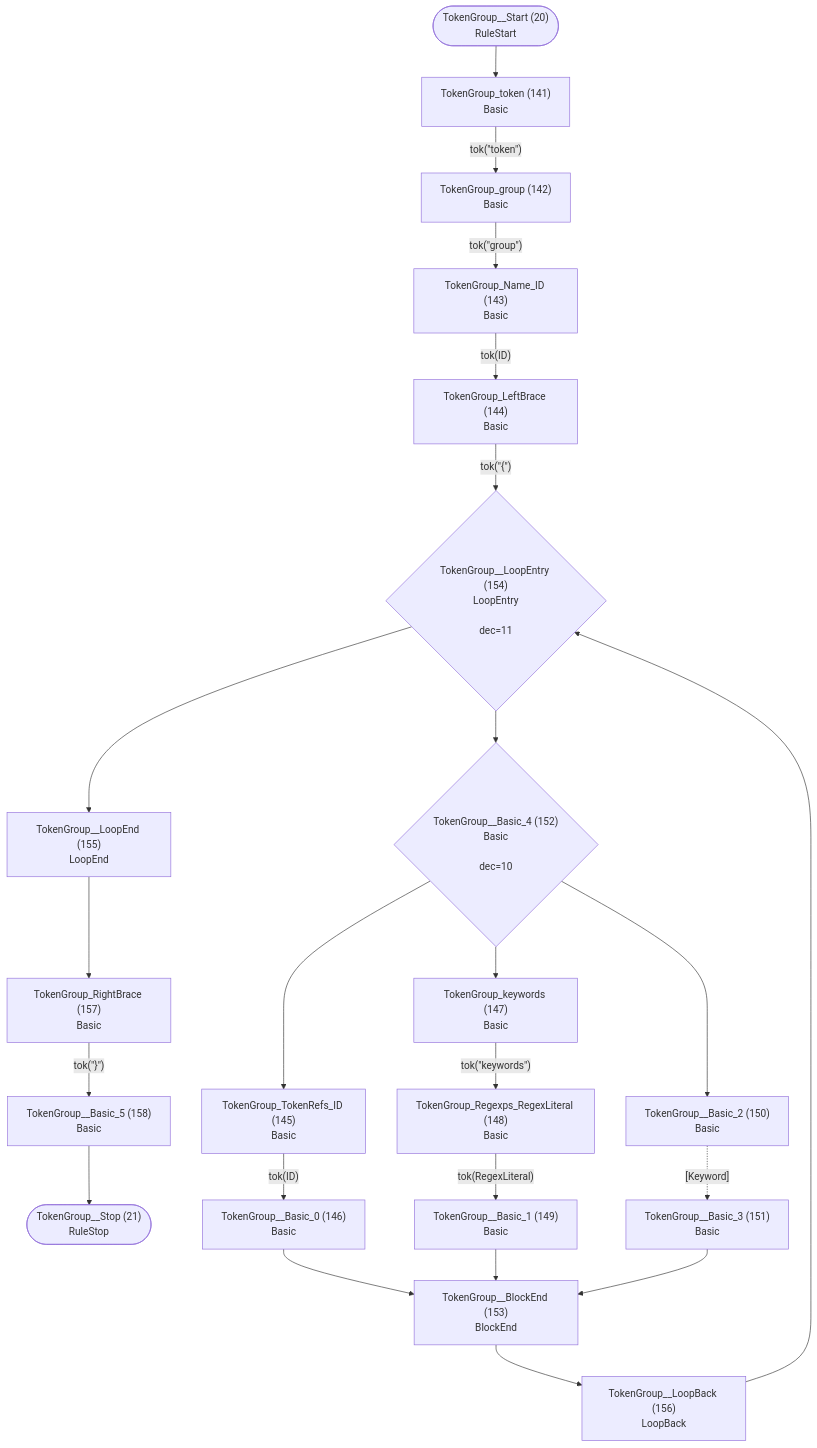
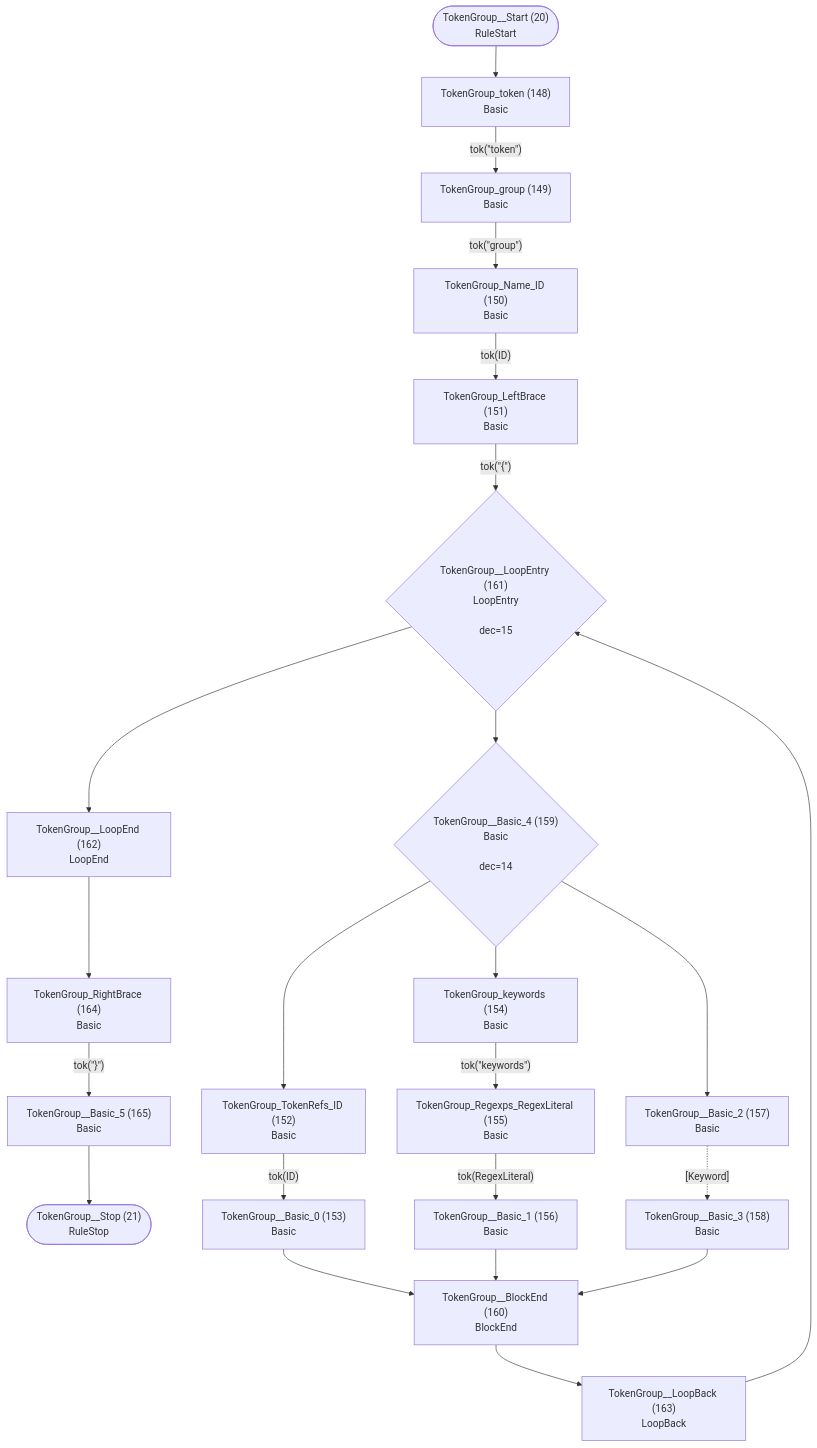
Diagram 11 of 26 in internal/grammar/atn.md (TypeFox/fastbelt), drawn with Mermaid before and after one commit. The commit also changed other lines of this file and 25 other files, not shown here.

````diff
--- a/internal/grammar/atn.md
+++ b/internal/grammar/atn.md
@@ -299,46 +317,46 @@
 ```mermaid
 flowchart TD
     q20(["TokenGroup__Start (20)<br/>RuleStart"])
     q21(["TokenGroup__Stop (21)<br/>RuleStop"])
-    q141["TokenGroup_token (141)<br/>Basic<br/>"]
-    q142["TokenGroup_group (142)<br/>Basic<br/>"]
-    q143["TokenGroup_Name_ID (143)<br/>Basic<br/>"]
-    q144["TokenGroup_LeftBrace (144)<br/>Basic<br/>"]
-    q145["TokenGroup_TokenRefs_ID (145)<br/>Basic<br/>"]
-    q146["TokenGroup__Basic_0 (146)<br/>Basic<br/>"]
-    q147["TokenGroup_keywords (147)<br/>Basic<br/>"]
-    q148["TokenGroup_Regexps_RegexLiteral (148)<br/>Basic<br/>"]
-    q149["TokenGroup__Basic_1 (149)<br/>Basic<br/>"]
-    q150["TokenGroup__Basic_2 (150)<br/>Basic<br/>"]
-    q151["TokenGroup__Basic_3 (151)<br/>Basic<br/>"]
-    q152{"TokenGroup__Basic_4 (152)<br/>Basic<br/><br/>dec=10"}
-    q153["TokenGroup__BlockEnd (153)<br/>BlockEnd<br/>"]
-    q154{"TokenGroup__LoopEntry (154)<br/>LoopEntry<br/><br/>dec=11"}
-    q155["TokenGroup__LoopEnd (155)<br/>LoopEnd<br/>"]
-    q156["TokenGroup__LoopBack (156)<br/>LoopBack<br/>"]
-    q157["TokenGroup_RightBrace (157)<br/>Basic<br/>"]
-    q158["TokenGroup__Basic_5 (158)<br/>Basic<br/>"]
+    q148["TokenGroup_token (148)<br/>Basic<br/>"]
+    q149["TokenGroup_group (149)<br/>Basic<br/>"]
+    q150["TokenGroup_Name_ID (150)<br/>Basic<br/>"]
+    q151["TokenGroup_LeftBrace (151)<br/>Basic<br/>"]
+    q152["TokenGroup_TokenRefs_ID (152)<br/>Basic<br/>"]
+    q153["TokenGroup__Basic_0 (153)<br/>Basic<br/>"]
+    q154["TokenGroup_keywords (154)<br/>Basic<br/>"]
+    q155["TokenGroup_Regexps_RegexLiteral (155)<br/>Basic<br/>"]
+    q156["TokenGroup__Basic_1 (156)<br/>Basic<br/>"]
+    q157["TokenGroup__Basic_2 (157)<br/>Basic<br/>"]
+    q158["TokenGroup__Basic_3 (158)<br/>Basic<br/>"]
+    q159{"TokenGroup__Basic_4 (159)<br/>Basic<br/><br/>dec=14"}
+    q160["TokenGroup__BlockEnd (160)<br/>BlockEnd<br/>"]
+    q161{"TokenGroup__LoopEntry (161)<br/>LoopEntry<br/><br/>dec=15"}
+    q162["TokenGroup__LoopEnd (162)<br/>LoopEnd<br/>"]
+    q163["TokenGroup__LoopBack (163)<br/>LoopBack<br/>"]
+    q164["TokenGroup_RightBrace (164)<br/>Basic<br/>"]
+    q165["TokenGroup__Basic_5 (165)<br/>Basic<br/>"]
 
-    q20 --> q141
-    q141 -->|"tok(&quot;token&quot;)"| q142
-    q142 -->|"tok(&quot;group&quot;)"| q143
-    q143 -->|"tok(ID)"| q144
-    q144 -->|"tok(&quot;{&quot;)"| q154
-    q145 -->|"tok(ID)"| q146
-    q146 --> q153
-    q147 -->|"tok(&quot;keywords&quot;)"| q148
-    q148 -->|"tok(RegexLiteral)"| q149
-    q149 --> q153
-    q150 -.->|"[Keyword]"| q151
-    q151 --> q153
-    q152 --> q145
-    q152 --> q147
-    q152 --> q150
-    q153 --> q156
-    q154 --> q152
-    q154 --> q155
-    q155 --> q157
-    q156 --> q154
-    q157 -->|"tok(&quot;}&quot;)"| q158
-    q158 --> q21
+    q20 --> q148
+    q148 -->|"tok(&quot;token&quot;)"| q149
+    q149 -->|"tok(&quot;group&quot;)"| q150
+    q150 -->|"tok(ID)"| q151
+    q151 -->|"tok(&quot;{&quot;)"| q161
+    q152 -->|"tok(ID)"| q153
+    q153 --> q160
+    q154 -->|"tok(&quot;keywords&quot;)"| q155
+    q155 -->|"tok(RegexLiteral)"| q156
+    q156 --> q160
+    q157 -.->|"[Keyword]"| q158
+    q158 --> q160
+    q159 --> q152
+    q159 --> q154
+    q159 --> q157
+    q160 --> q163
+    q161 --> q159
+    q161 --> q162
+    q162 --> q164
+    q163 --> q161
+    q164 -->|"tok(&quot;}&quot;)"| q165
+    q165 --> q21
 ```
````
